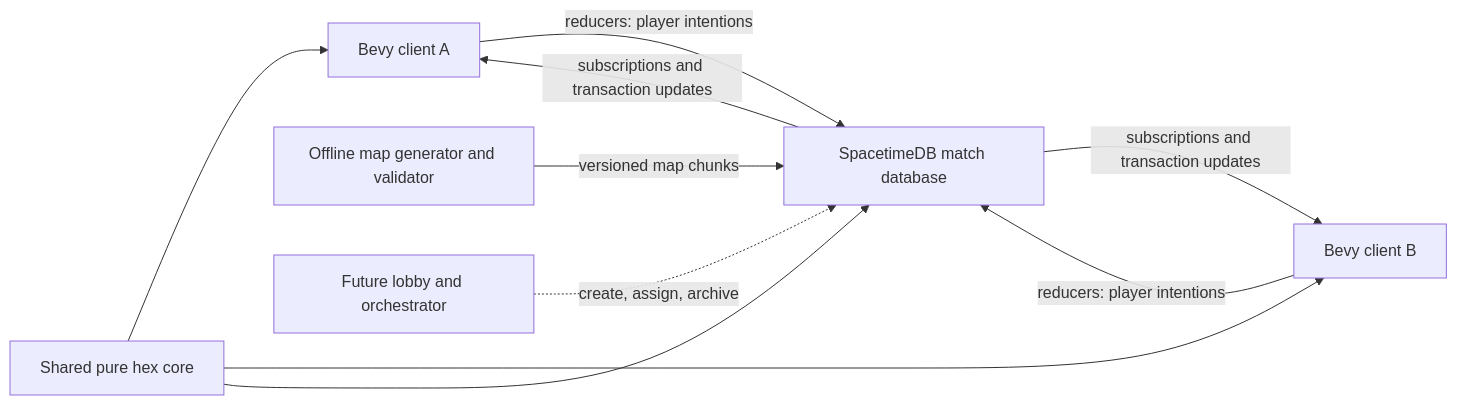
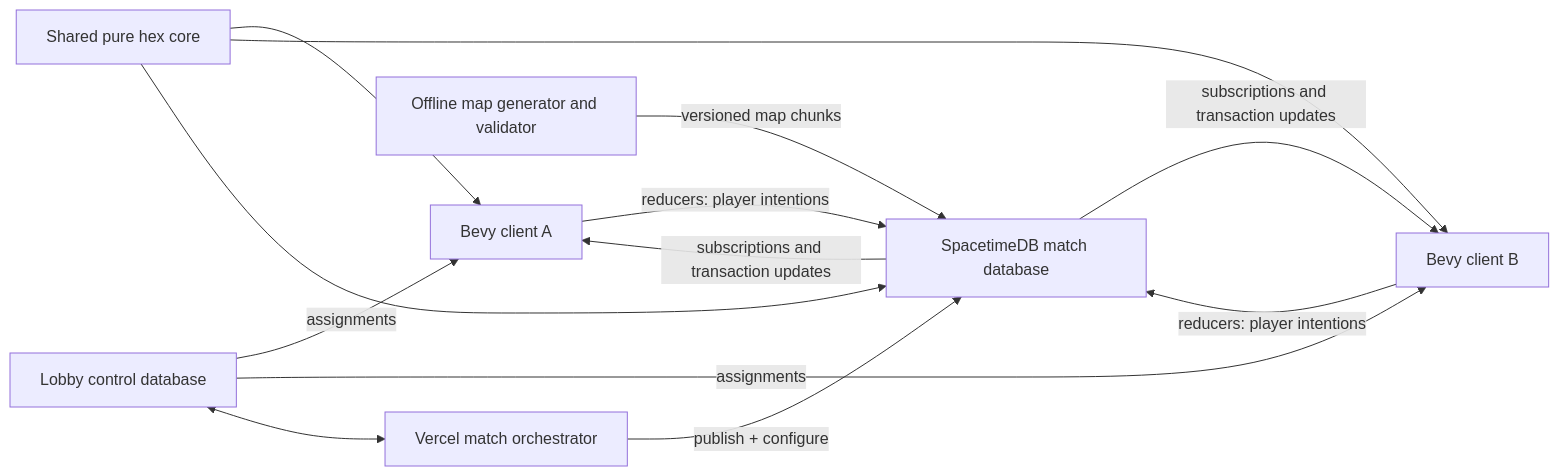
The diagram in docs/technical-architecture.md (devteapot/of), drawn with Mermaid before and after one commit. The commit also changed other lines of this file and 16 other files, not shown here.

````diff
--- a/docs/technical-architecture.md
+++ b/docs/technical-architecture.md
@@ -62,12 +64,15 @@
 ```mermaid
 flowchart LR
     C1["Bevy client A"] -->|"reducers: player intentions"| M["SpacetimeDB match database"]
     C2["Bevy client B"] -->|"reducers: player intentions"| M
     M -->|"subscriptions and transaction updates"| C1
     M -->|"subscriptions and transaction updates"| C2
     HC["Shared pure hex core"] --> C1
     HC --> C2
     HC --> M
     MG["Offline map generator and validator"] -->|"versioned map chunks"| M
-    O["Future lobby and orchestrator"] -.->|"create, assign, archive"| M
+    L["Lobby control database"] -->|"assignments"| C1
+    L -->|"assignments"| C2
+    O["Vercel match orchestrator"] -->|"publish + configure"| M
+    L <--> O
 ```
````
